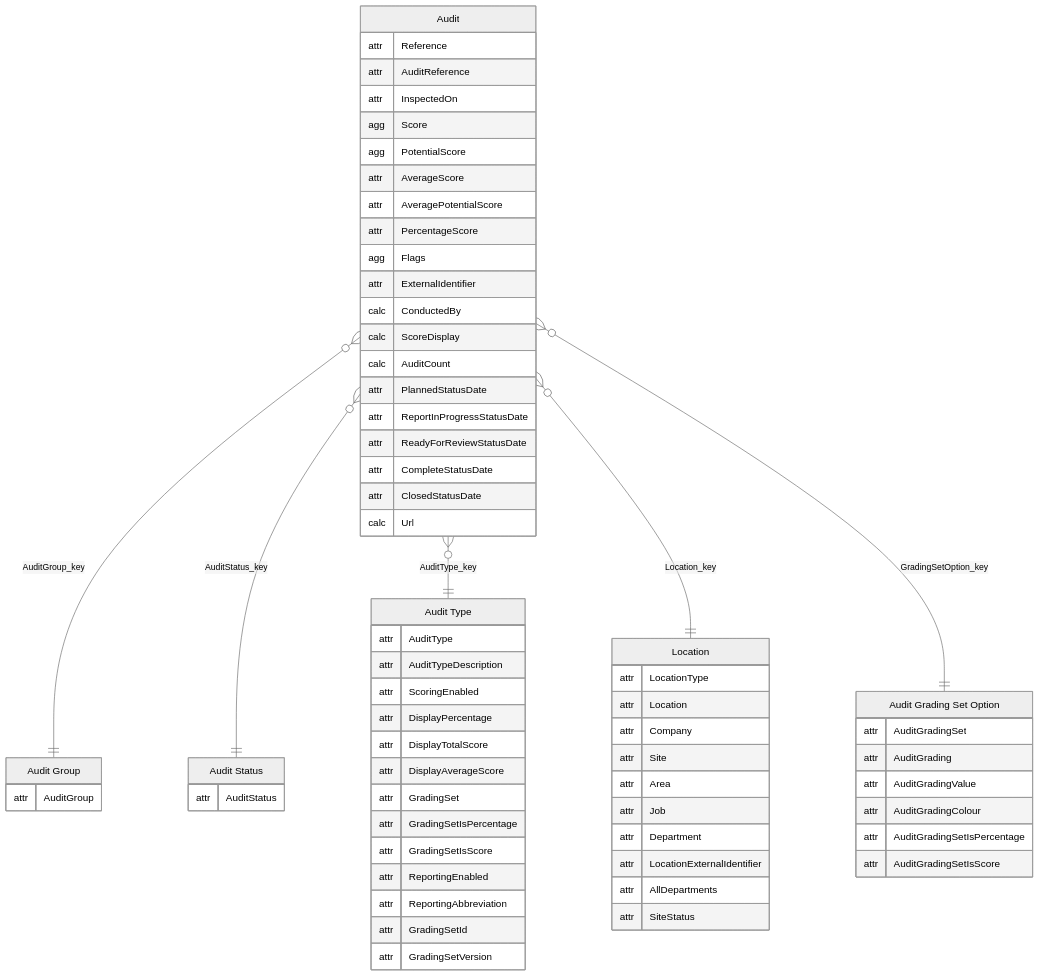
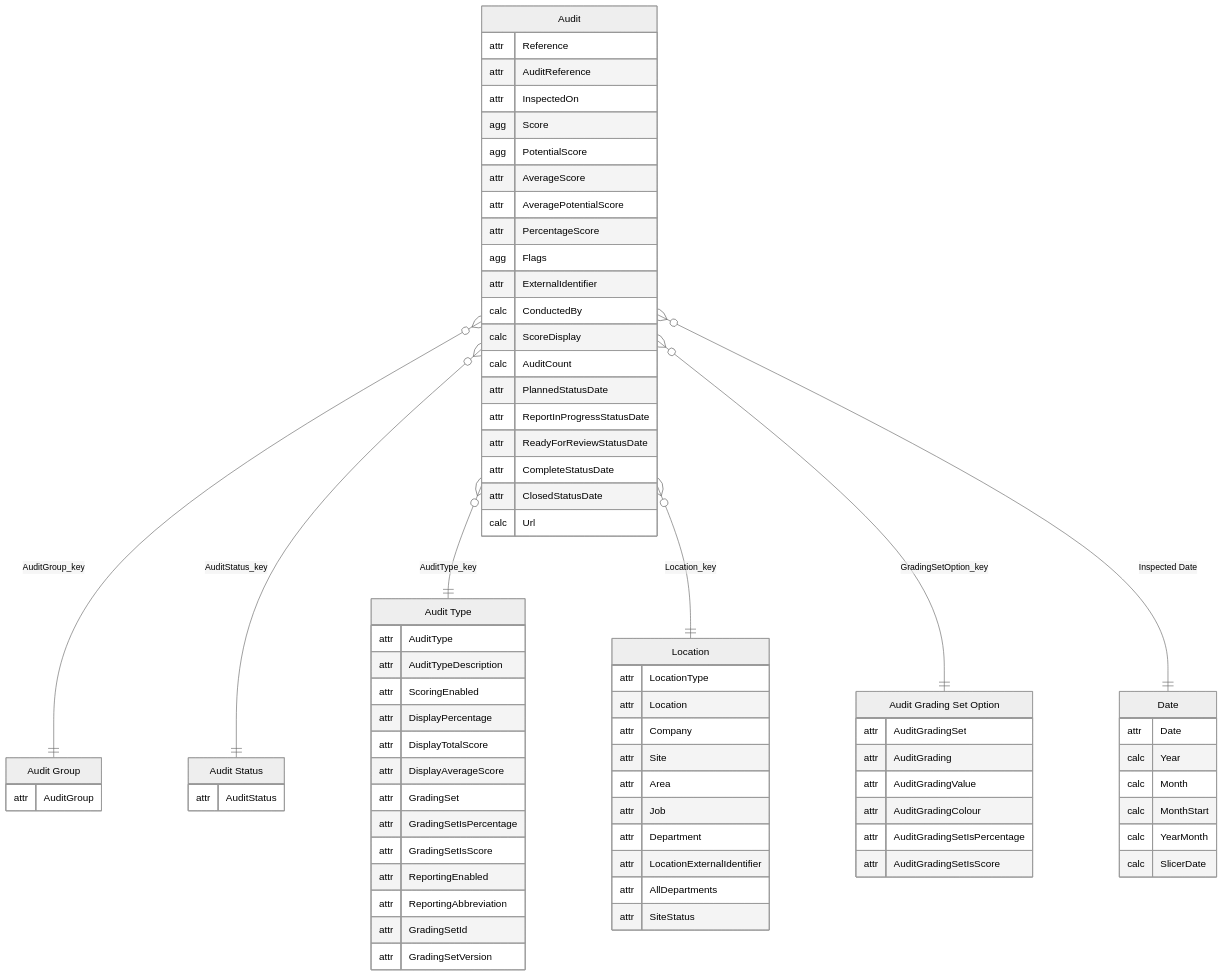
Before and after one commit to work-wallet/BIClient: the first of 11 diagrams in PowerBISamplesModels/Audits.md, drawn with Mermaid. The commit also changed other lines of this file and 5 other files, not shown here.

````diff
--- a/PowerBISamplesModels/Audits.md
+++ b/PowerBISamplesModels/Audits.md
@@ -72,9 +72,18 @@
         attr AuditGradingSetIsPercentage
         attr AuditGradingSetIsScore
     }
+    "Date" {
+        attr Date
+        calc Year
+        calc Month
+        calc MonthStart
+        calc YearMonth
+        calc SlicerDate
+    }
     "Audit" }o--|| "Audit Group" : "AuditGroup_key"
     "Audit" }o--|| "Audit Status" : "AuditStatus_key"
     "Audit" }o--|| "Audit Type" : "AuditType_key"
     "Audit" }o--|| "Location" : "Location_key"
     "Audit" }o--|| "Audit Grading Set Option" : "GradingSetOption_key"
+    "Audit" }o--|| "Date" : "Inspected Date"
 ```
````
